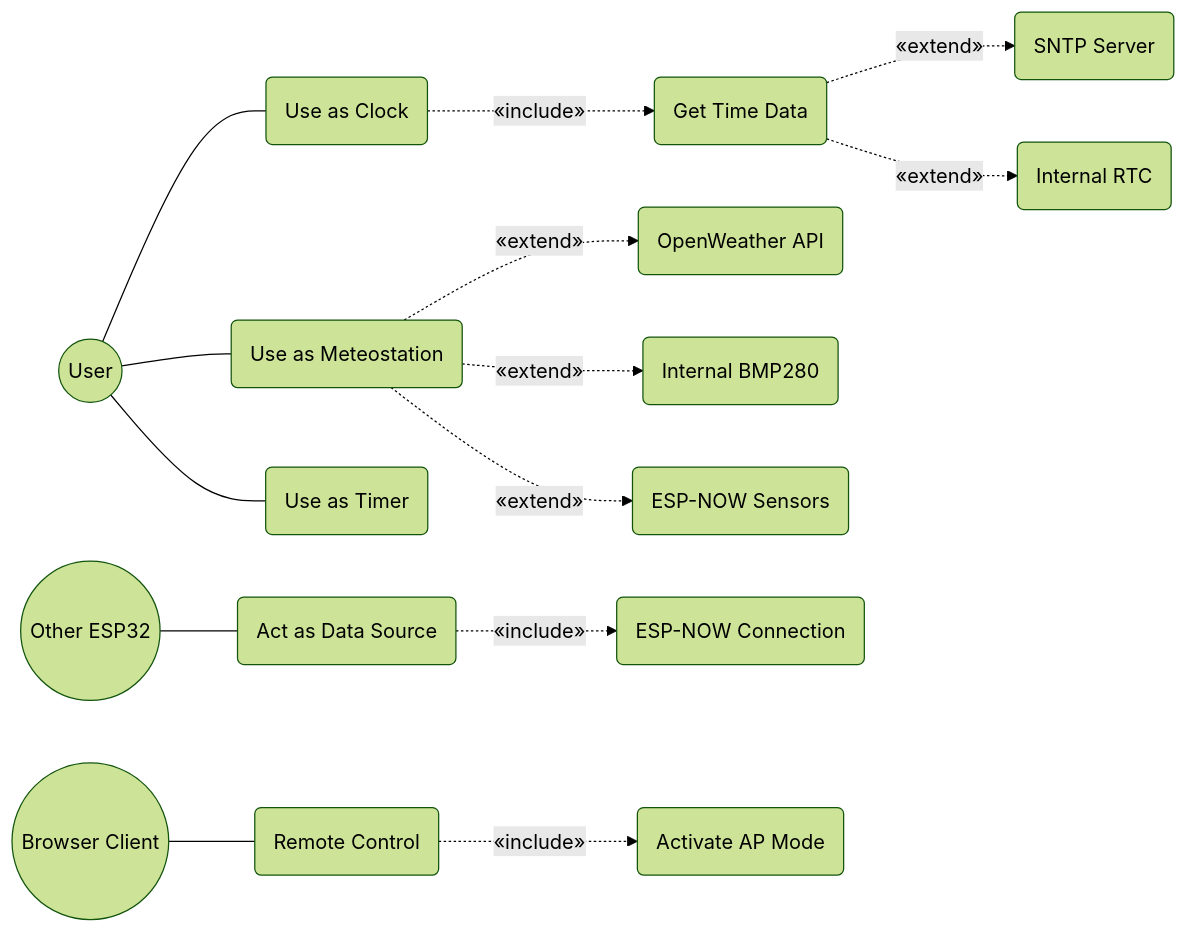
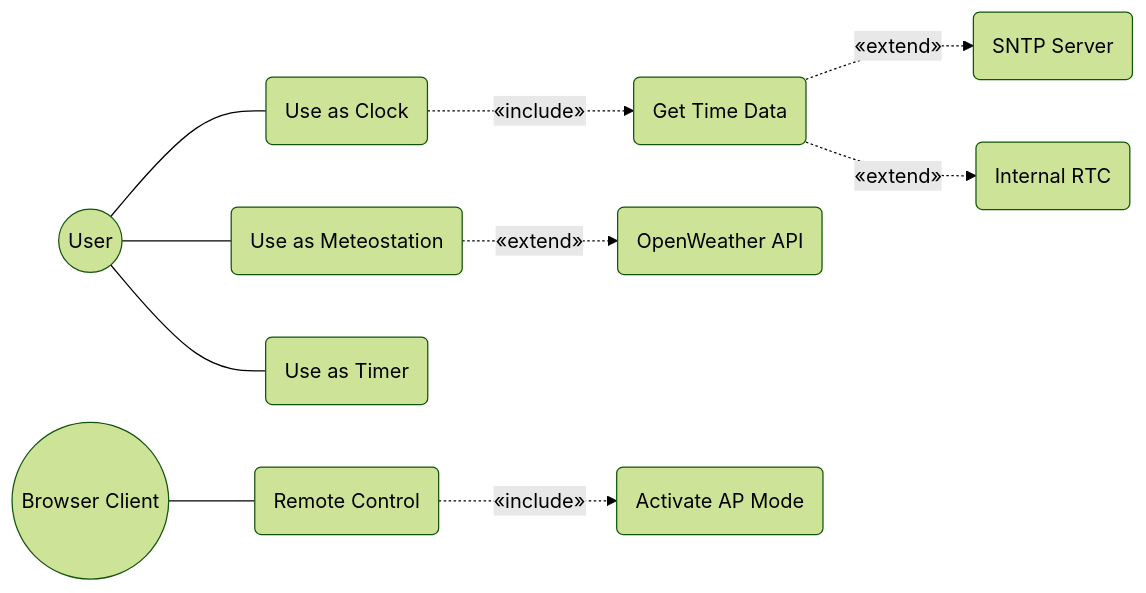
One commit to Sany777/dwin-kitchen-clock changed the diagram in README.md. Above: the diagram before and after it, drawn with Mermaid (forest theme). The commit also changed other lines of this file and 124 other files, not shown here.

````diff
--- a/README.md
+++ b/README.md
@@ -81,45 +75,33 @@
 ```mermaid
 flowchart LR
     %% Actors
     User((User))
-    OtherDev((Other ESP32))
     Browser((Browser Client))
 
     %% Use Cases
     Clock(Use as Clock)
     Time(Get Time Data)
     SNTP(SNTP Server)
     RTC(Internal RTC)
 
     Weather(Use as Meteostation)
     OWM(OpenWeather API)
-    BMP(Internal BMP280)
-    ESPNOW_W(ESP-NOW Sensors)
 
     Timer(Use as Timer)
     
-    DataSource(Act as Data Source)
-    ESPNOW_C(ESP-NOW Connection)
-
     Remote(Remote Control)
     AP(Activate AP Mode)
 
     %% Relationships
     User --- Clock
     User --- Weather
     User --- Timer
 
     Clock -. "«include»" .-> Time
     Time -. "«extend»" .-> SNTP
     Time -. "«extend»" .-> RTC
 
     Weather -. "«extend»" .-> OWM
-    Weather -. "«extend»" .-> BMP
-    Weather -. "«extend»" .-> ESPNOW_W
-
-    OtherDev --- DataSource
-    DataSource -. "«include»" .-> ESPNOW_C
-
     Browser --- Remote
     Remote -. "«include»" .-> AP
 ```
````
